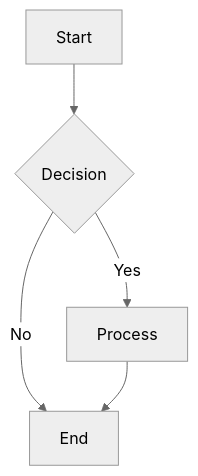
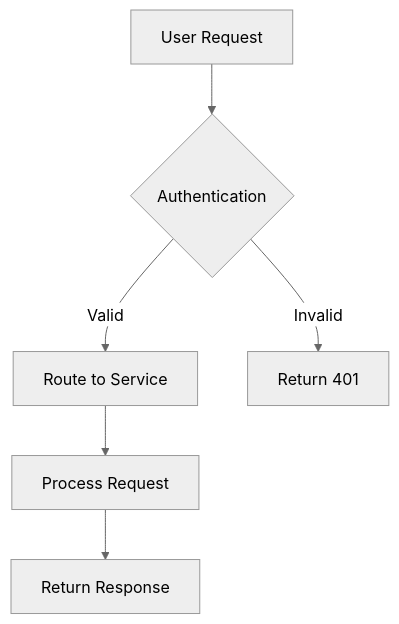
One commit to rysweet/amplihack changed the first of 3 diagrams in agents/visualization-architect.md. Above: the diagram before and after it, drawn with Mermaid (neutral theme). The commit also changed other lines of this file and 620 other files, not shown here.

````diff
--- a/agents/visualization-architect.md
+++ b/agents/visualization-architect.md
@@ -136,7 +71,8 @@
 ```mermaid
-flowchart TD
-    A[Start] --> B{Decision}
-    B -->|Yes| C[Process]
-    B -->|No| D[End]
-    C --> D
+graph TD
+    A[User Request] --> B{Authentication}
+    B -->|Valid| C[Route to Service]
+    B -->|Invalid| D[Return 401]
+    C --> E[Process Request]
+    E --> F[Return Response]
 ```
````
